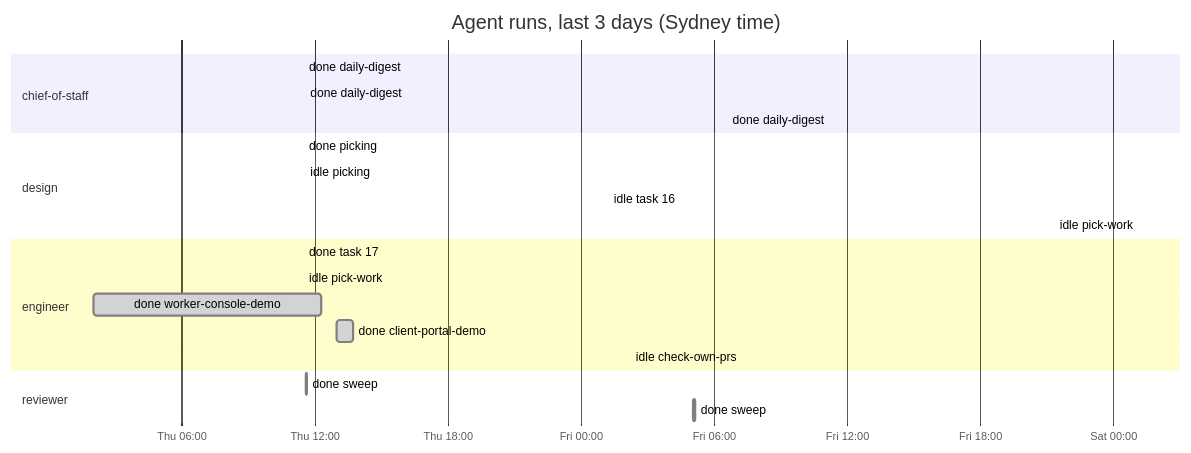
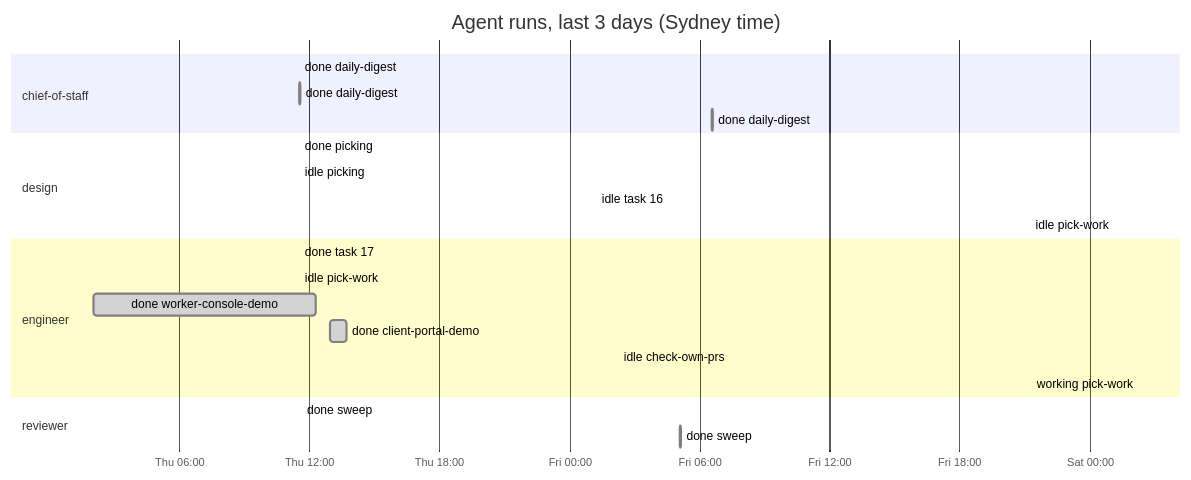
Before and after one commit to roulmediateam-byte/fifteen-expert-hq: the diagram in dashboard.md, drawn with Mermaid. The commit also changed other lines of this file and 1 other file, not shown here.

````diff
--- a/dashboard.md
+++ b/dashboard.md
@@ -35,24 +35,25 @@
 ```mermaid
 gantt
     title Agent runs, last 3 days (Sydney time)
     dateFormat YYYY-MM-DD HH:mm
     axisFormat %a %H:%M
     section chief-of-staff
     done daily-digest :done, 2026-11-05 11:31, 2026-11-05 11:32
     done daily-digest :done, 2026-11-05 11:33, 2026-11-05 11:34
     done daily-digest :done, 2026-11-06 06:35, 2026-11-06 06:37
     section design
     done picking :done, 2026-11-05 11:31, 2026-11-05 11:32
     idle picking :done, 2026-11-05 11:33, 2026-11-05 11:33
     idle task 16 :done, 2026-11-06 01:14, 2026-11-06 01:15
     idle pick-work :done, 2026-11-07 01:08, 2026-11-07 01:08
     section engineer
     done task 17 :done, 2026-11-05 11:31, 2026-11-05 11:32
     idle pick-work :done, 2026-11-05 11:32, 2026-11-05 11:32
     done worker-console-demo :done, 2026-11-05 02:03, 2026-11-05 12:19
     done client-portal-demo :done, 2026-11-05 12:59, 2026-11-05 13:44
     idle check-own-prs :done, 2026-11-06 02:14, 2026-11-06 02:14
+    working pick-work :active, 2026-11-07 02:15, 2026-11-07 02:15
     section reviewer
     done sweep :done, 2026-11-05 11:37, 2026-11-05 11:39
     done sweep :done, 2026-11-06 05:05, 2026-11-06 05:10
 ```
````
